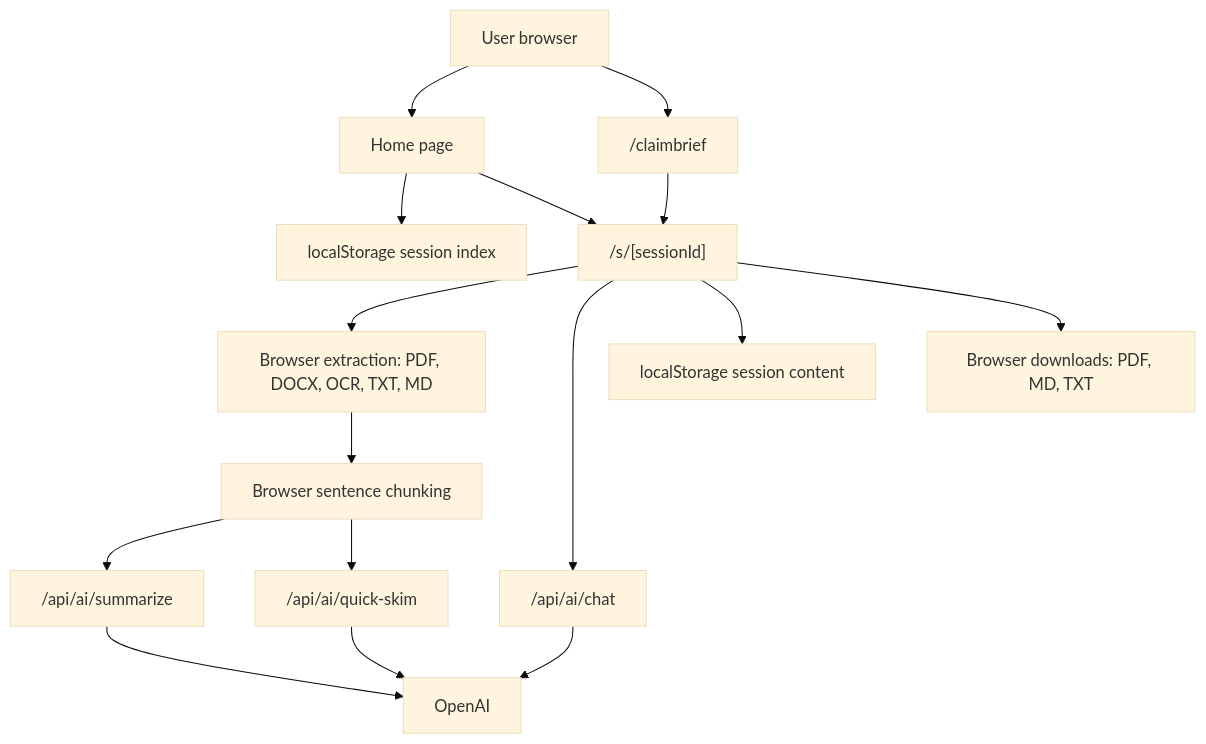
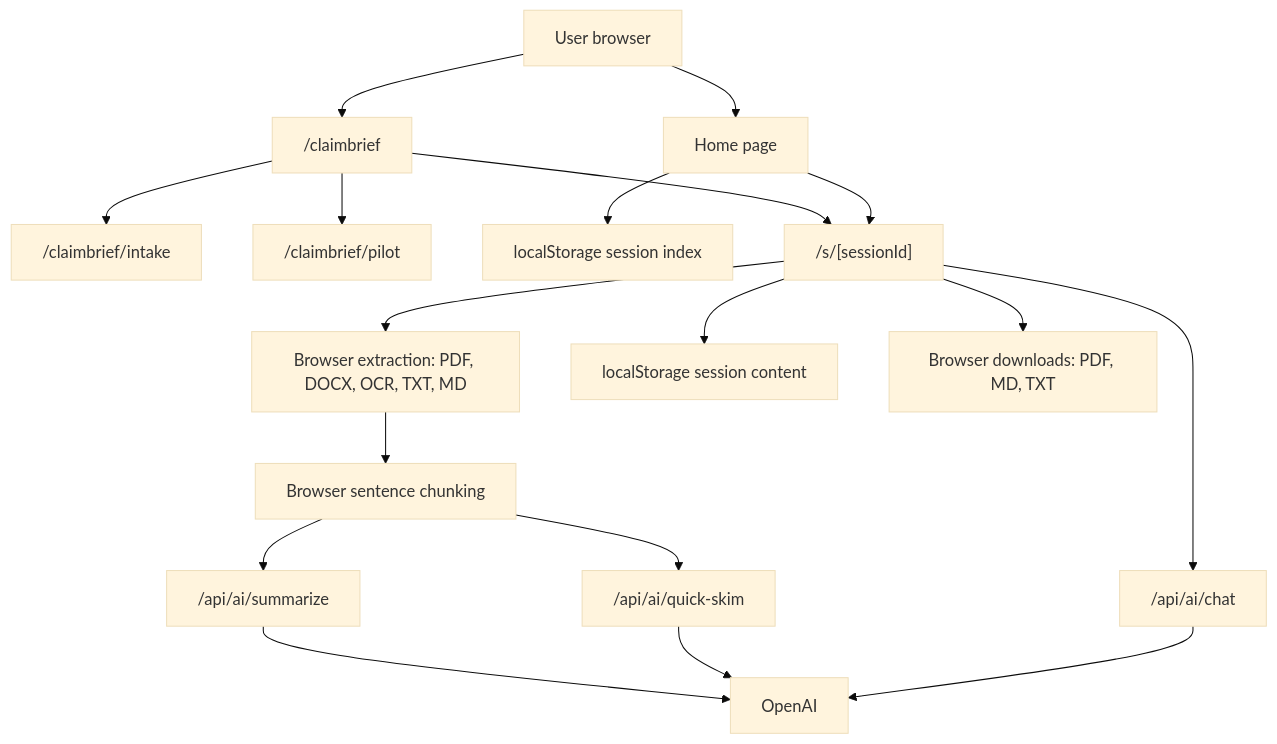
Before and after one commit to sandip-pathe/arin: the diagram in docs/ARCHITECTURE.md, drawn with Mermaid (base theme). The commit also changed other lines of this file and 10 other files, not shown here.

Commit message:
feat: add ClaimBrief paid pilot page

````diff
--- a/docs/ARCHITECTURE.md
+++ b/docs/ARCHITECTURE.md
@@ -7,18 +7,20 @@
 ```mermaid
 flowchart TD
   User["User browser"] --> Home["Home page"]
   User --> ClaimBrief["/claimbrief"]
+  ClaimBrief --> Intake["/claimbrief/intake"]
+  ClaimBrief --> Pilot["/claimbrief/pilot"]
   Home --> LocalIndex["localStorage session index"]
   ClaimBrief --> Session
   Home --> Session["/s/[sessionId]"]
   Session --> Extraction["Browser extraction: PDF, DOCX, OCR, TXT, MD"]
   Extraction --> Chunking["Browser sentence chunking"]
   Chunking --> SummaryApi["/api/ai/summarize"]
   Chunking --> SkimApi["/api/ai/quick-skim"]
   Session --> ChatApi["/api/ai/chat"]
   SummaryApi --> OpenAI["OpenAI"]
   SkimApi --> OpenAI
   ChatApi --> OpenAI
   Session --> LocalContent["localStorage session content"]
   Session --> Exports["Browser downloads: PDF, MD, TXT"]
 ```
````
